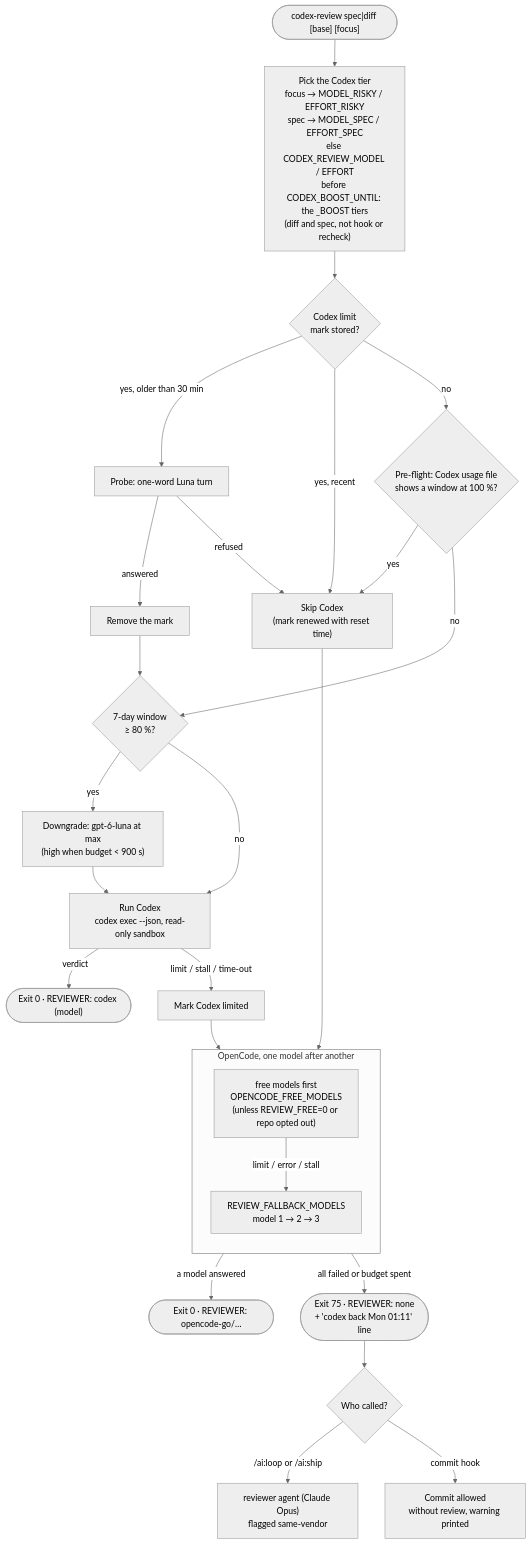
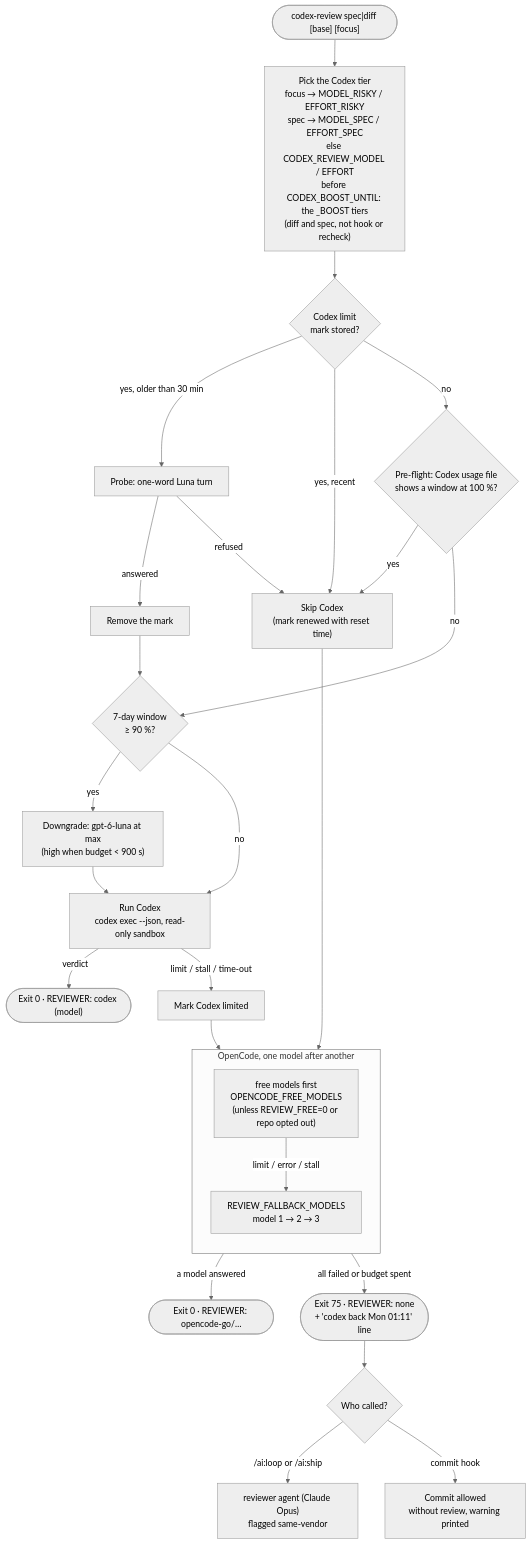
Before and after one commit to mrkpatchaa/dotfiles: the fourth of 9 diagrams in claude/ARCHITECTURE.md, drawn with Mermaid (neutral theme). The commit also changed 5 other files, not shown here.

````diff
--- a/claude/ARCHITECTURE.md
+++ b/claude/ARCHITECTURE.md
@@ -151,28 +151,28 @@
 ```mermaid
 flowchart TD
   START(["codex-review spec|diff [base] [focus]"]) --> TIER["Pick the Codex tier<br/>focus → MODEL_RISKY / EFFORT_RISKY<br/>spec → MODEL_SPEC / EFFORT_SPEC<br/>else CODEX_REVIEW_MODEL / EFFORT<br/>before CODEX_BOOST_UNTIL: the _BOOST tiers<br/>(diff and spec, not hook or recheck)"]
   TIER --> MARK{"Codex limit<br/>mark stored?"}
   MARK -->|"yes, older than 30 min"| PROBE["Probe: one-word Luna turn"]
   PROBE -->|answered| CLEAR["Remove the mark"] --> WEEK
   PROBE -->|"refused"| SKIPC["Skip Codex<br/>(mark renewed with reset time)"]
   MARK -->|"yes, recent"| SKIPC
   MARK -->|no| PRE{"Pre-flight: Codex usage file<br/>shows a window at 100 %?"}
   PRE -->|yes| SKIPC
-  PRE -->|no| WEEK{"7-day window<br/>≥ 80 %?"}
+  PRE -->|no| WEEK{"7-day window<br/>≥ 90 %?"}
   WEEK -->|yes| DOWN["Downgrade: gpt-6-luna at max<br/>(high when budget < 900 s)"] --> RUNC
   WEEK -->|no| RUNC["Run Codex<br/>codex exec --json, read-only sandbox"]
   RUNC -->|verdict| OK(["Exit 0 · REVIEWER: codex (model)"])
   RUNC -->|"limit / stall / time-out"| MARKC["Mark Codex limited"] --> OCLOOP
   SKIPC --> OCLOOP
 
   subgraph OCLOOP["OpenCode, one model after another"]
     direction TB
     FR["free models first<br/>OPENCODE_FREE_MODELS<br/>(unless REVIEW_FREE=0 or repo opted out)"] -->|"limit / error / stall"| O1["REVIEW_FALLBACK_MODELS<br/>model 1 → 2 → 3"]
   end
   OCLOOP -->|"a model answered"| OK2(["Exit 0 · REVIEWER: opencode-go/…"])
   OCLOOP -->|"all failed or budget spent"| E75(["Exit 75 · REVIEWER: none<br/>+ 'codex back Mon 01:11' line"])
 
   E75 --> WHO{"Who called?"}
   WHO -->|"/ai:loop or /ai:ship"| CL["reviewer agent (Claude Opus)<br/>flagged same-vendor"]
   WHO -->|"commit hook"| LET["Commit allowed<br/>without review, warning printed"]
 ```
````
